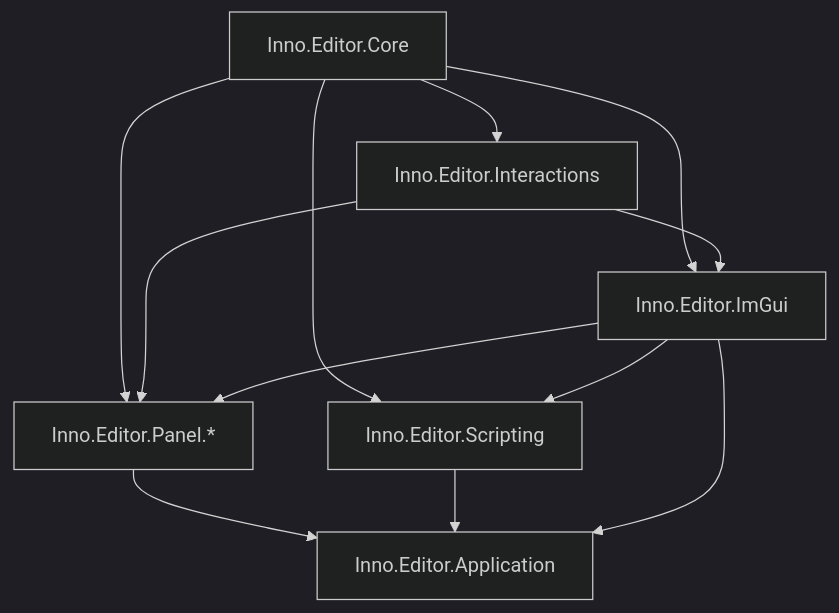
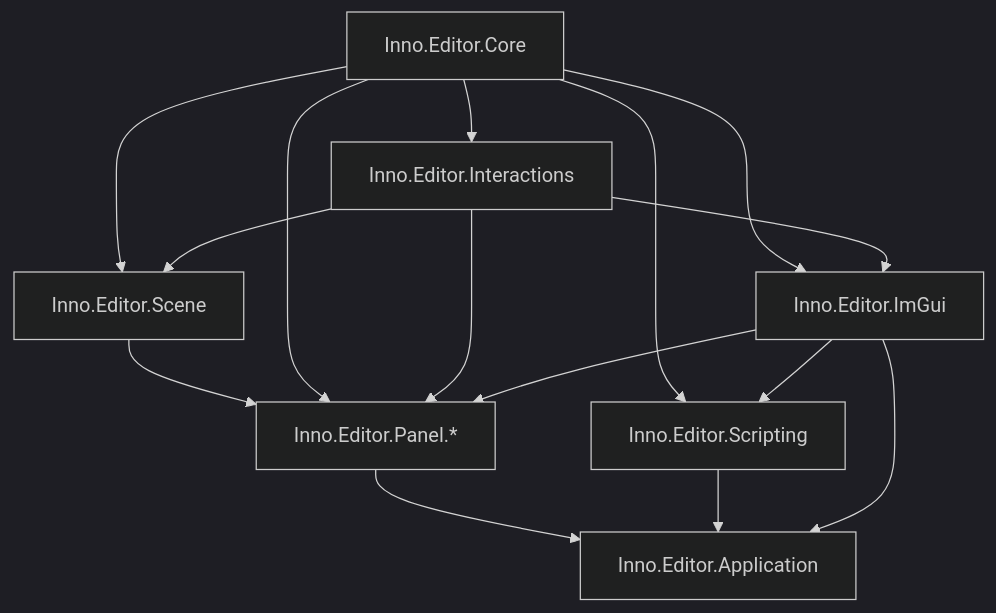
The diagram in docs/editor/README.md (FLwolfy/InnoEngine), drawn with Mermaid (dark theme) before and after one commit. The commit also changed other lines of this file and 109 other files, not shown here.

Commit message:
Separate SceneOperation into multiple scene editor handler

````diff
--- a/docs/editor/README.md
+++ b/docs/editor/README.md
@@ -24,14 +25,17 @@
 ```mermaid
 flowchart TD
     Core["Inno.Editor.Core"] --> Interactions["Inno.Editor.Interactions"]
     Core --> ImGui["Inno.Editor.ImGui"]
     Interactions --> ImGui
-    Core --> Panels["Inno.Editor.Panel.*"]
+    Core --> Scene["Inno.Editor.Scene"]
+    Interactions --> Scene
+    Scene --> Panels["Inno.Editor.Panel.*"]
+    Core --> Panels
     Interactions --> Panels
     ImGui --> Panels
     Core --> Scripting["Inno.Editor.Scripting"]
     ImGui --> Scripting
     Panels --> Application["Inno.Editor.Application"]
     Scripting --> Application
     ImGui --> Application
 ```
````
